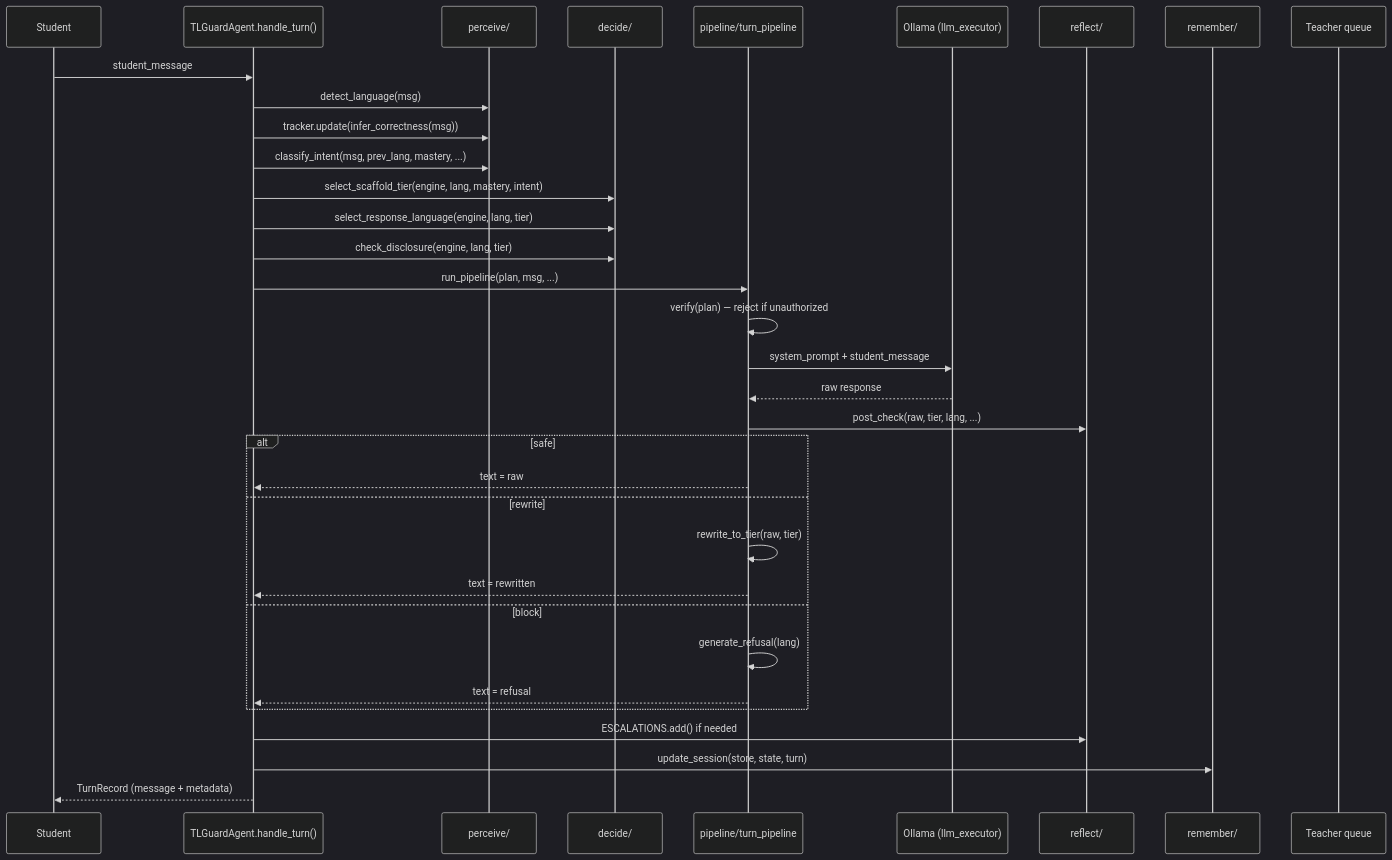
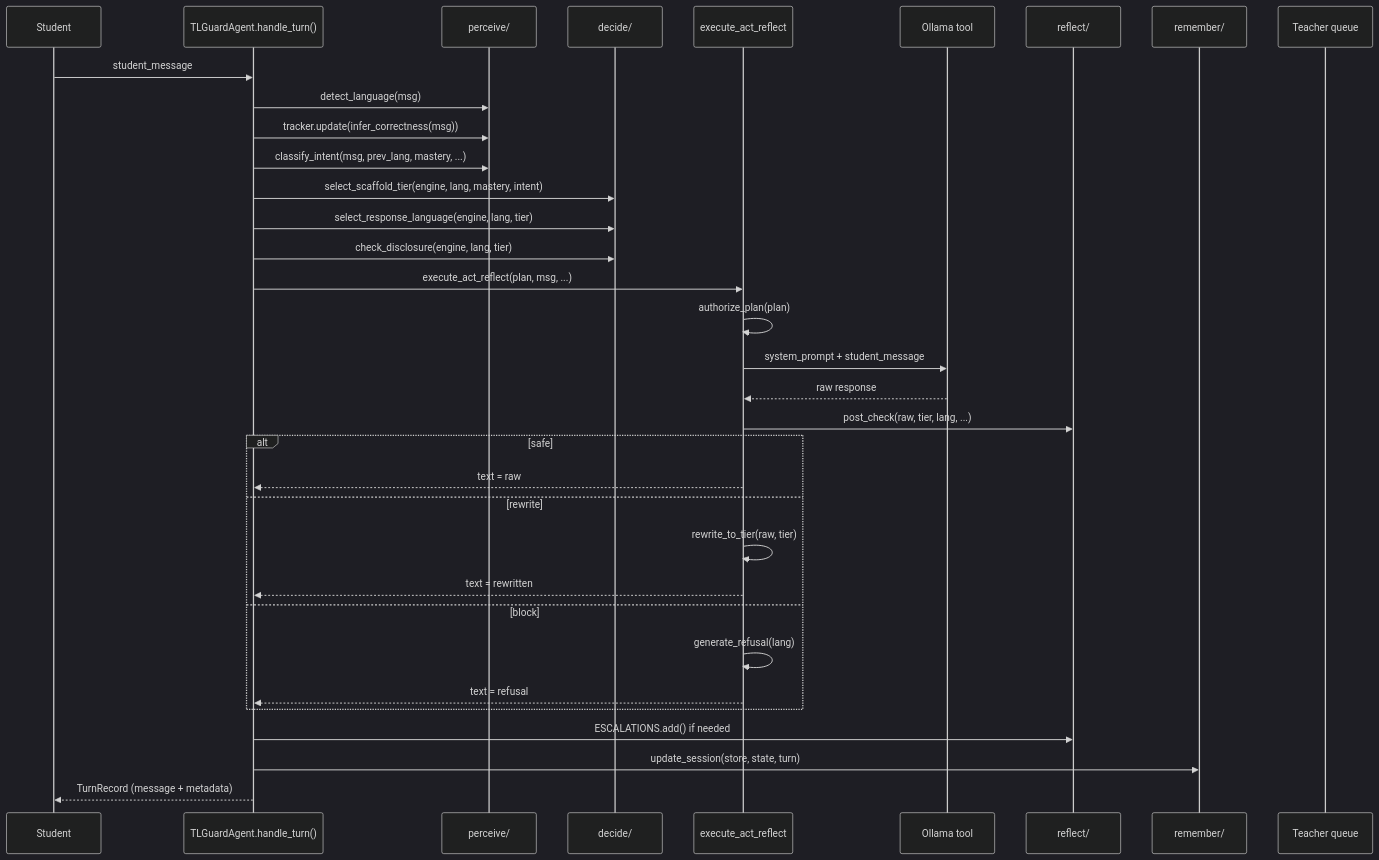
One commit to soumyadip007/Agentic-AI-as-a-Guardrailed-Multilingual-Buddy changed the diagram in docs/architecture.md. Above: the diagram before and after it, drawn with Mermaid (dark theme). The commit also changed other lines of this file and 19 other files, not shown here.

````diff
--- a/docs/architecture.md
+++ b/docs/architecture.md
@@ -54,37 +54,37 @@
 ```mermaid
 sequenceDiagram
     participant Student
     participant Agent as TLGuardAgent.handle_turn()
     participant Perceive as perceive/
     participant Decide as decide/
-    participant Pipeline as pipeline/turn_pipeline
-    participant LLM as Ollama (llm_executor)
+    participant ActReflect as execute_act_reflect
+    participant LLM as Ollama tool
     participant Reflect as reflect/
     participant Remember as remember/
     participant Teacher as Teacher queue
 
     Student->>Agent: student_message
     Agent->>Perceive: detect_language(msg)
     Agent->>Perceive: tracker.update(infer_correctness(msg))
     Agent->>Perceive: classify_intent(msg, prev_lang, mastery, ...)
     Agent->>Decide: select_scaffold_tier(engine, lang, mastery, intent)
     Agent->>Decide: select_response_language(engine, lang, tier)
     Agent->>Decide: check_disclosure(engine, lang, tier)
-    Agent->>Pipeline: run_pipeline(plan, msg, ...)
-    Pipeline->>Pipeline: verify(plan) — reject if unauthorized
-    Pipeline->>LLM: system_prompt + student_message
-    LLM-->>Pipeline: raw response
-    Pipeline->>Reflect: post_check(raw, tier, lang, ...)
+    Agent->>ActReflect: execute_act_reflect(plan, msg, ...)
+    ActReflect->>ActReflect: authorize_plan(plan)
+    ActReflect->>LLM: system_prompt + student_message
+    LLM-->>ActReflect: raw response
+    ActReflect->>Reflect: post_check(raw, tier, lang, ...)
     alt safe
-        Pipeline-->>Agent: text = raw
+        ActReflect-->>Agent: text = raw
     else rewrite
-        Pipeline->>Pipeline: rewrite_to_tier(raw, tier)
-        Pipeline-->>Agent: text = rewritten
+        ActReflect->>ActReflect: rewrite_to_tier(raw, tier)
+        ActReflect-->>Agent: text = rewritten
     else block
-        Pipeline->>Pipeline: generate_refusal(lang)
-        Pipeline-->>Agent: text = refusal
+        ActReflect->>ActReflect: generate_refusal(lang)
+        ActReflect-->>Agent: text = refusal
     end
     Agent->>Reflect: ESCALATIONS.add() if needed
     Agent->>Remember: update_session(store, state, turn)
     Agent-->>Student: TurnRecord (message + metadata)
 ```
````
